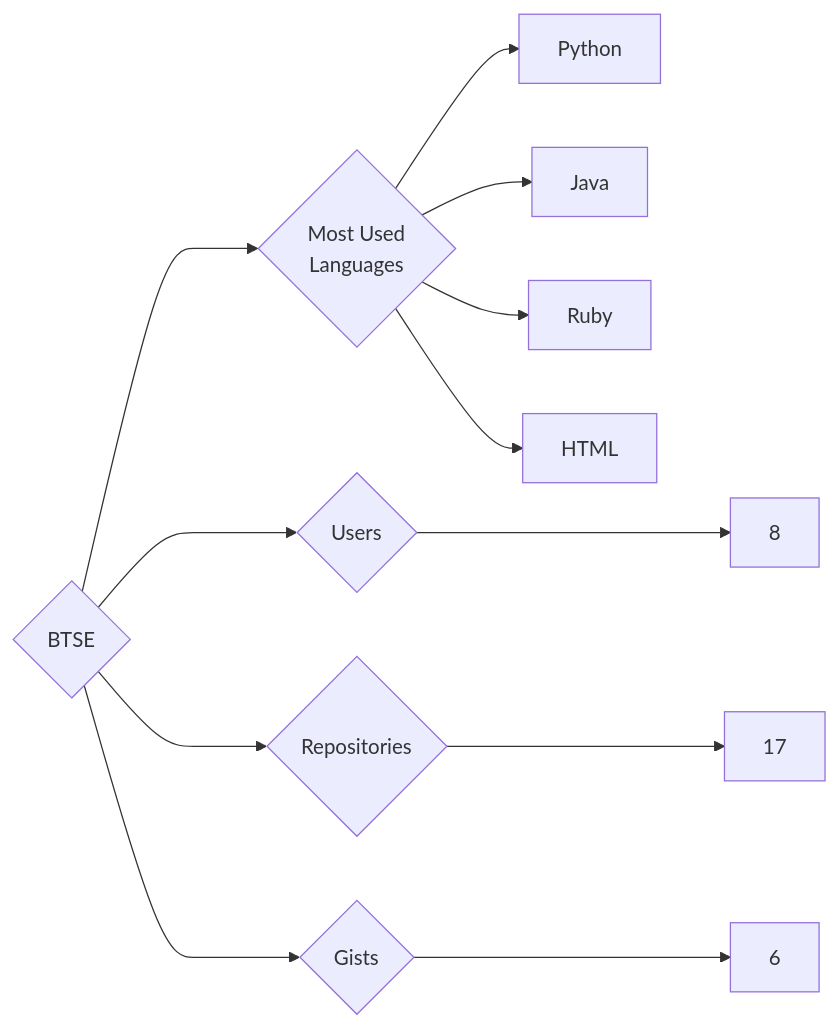
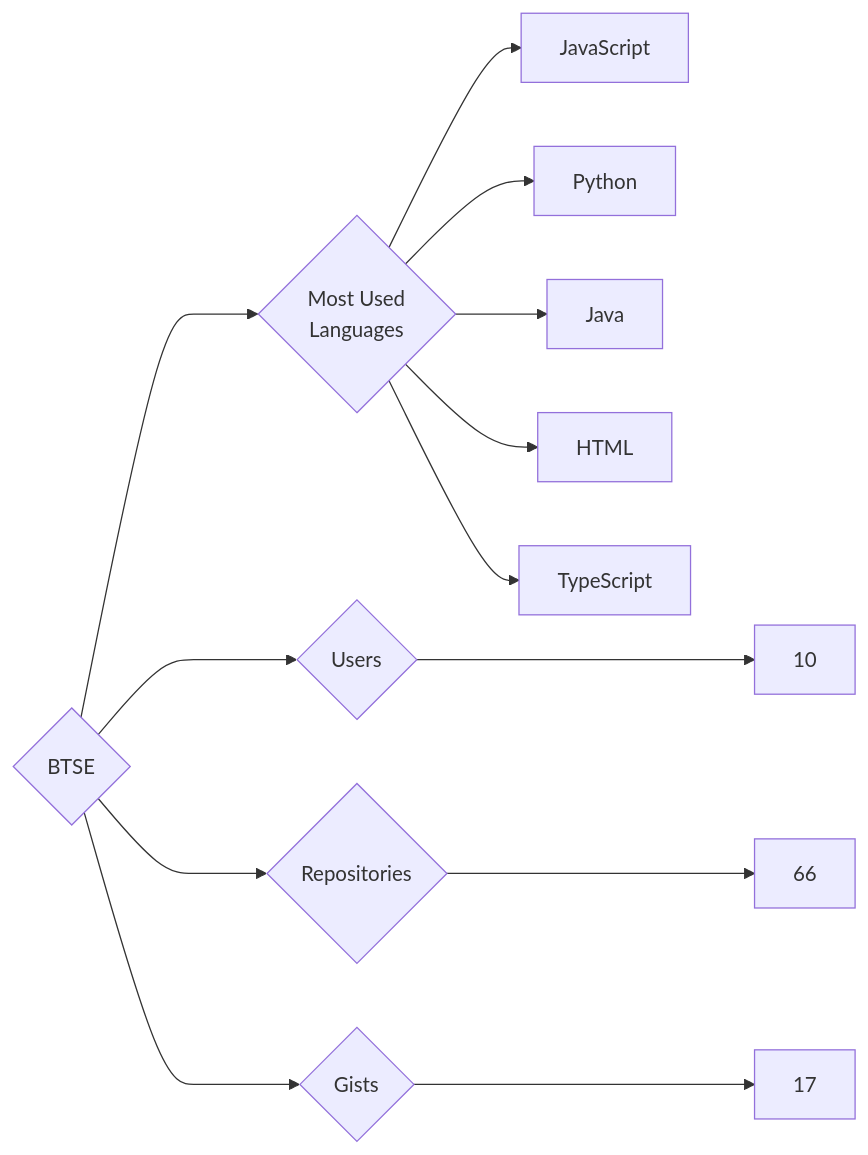
The diagram in targets/BTSE/README.md (trickest/insiders), drawn with Mermaid before and after one commit. The commit also changed 1175 other files, not shown here.

````diff
--- a/targets/BTSE/README.md
+++ b/targets/BTSE/README.md
@@ -3,12 +3,13 @@
 ```mermaid
 graph LR
 COMPANY_NAME{BTSE}
-COMPANY_NAME ---> U{Users} ---> UN[8]
-COMPANY_NAME ---> R{Repositories} ---> RN[17]
-COMPANY_NAME ---> G{Gists} ---> GN[6]
+COMPANY_NAME ---> U{Users} ---> UN[10]
+COMPANY_NAME ---> R{Repositories} ---> RN[66]
+COMPANY_NAME ---> G{Gists} ---> GN[17]
 COMPANY_NAME ---> ML{Most Used<br>Languages}
+ML --> JavaScript[JavaScript]
 ML --> Python[Python]
 ML --> Java[Java]
-ML --> Ruby[Ruby]
 ML --> HTML[HTML]
+ML --> TypeScript[TypeScript]
 ```
````
